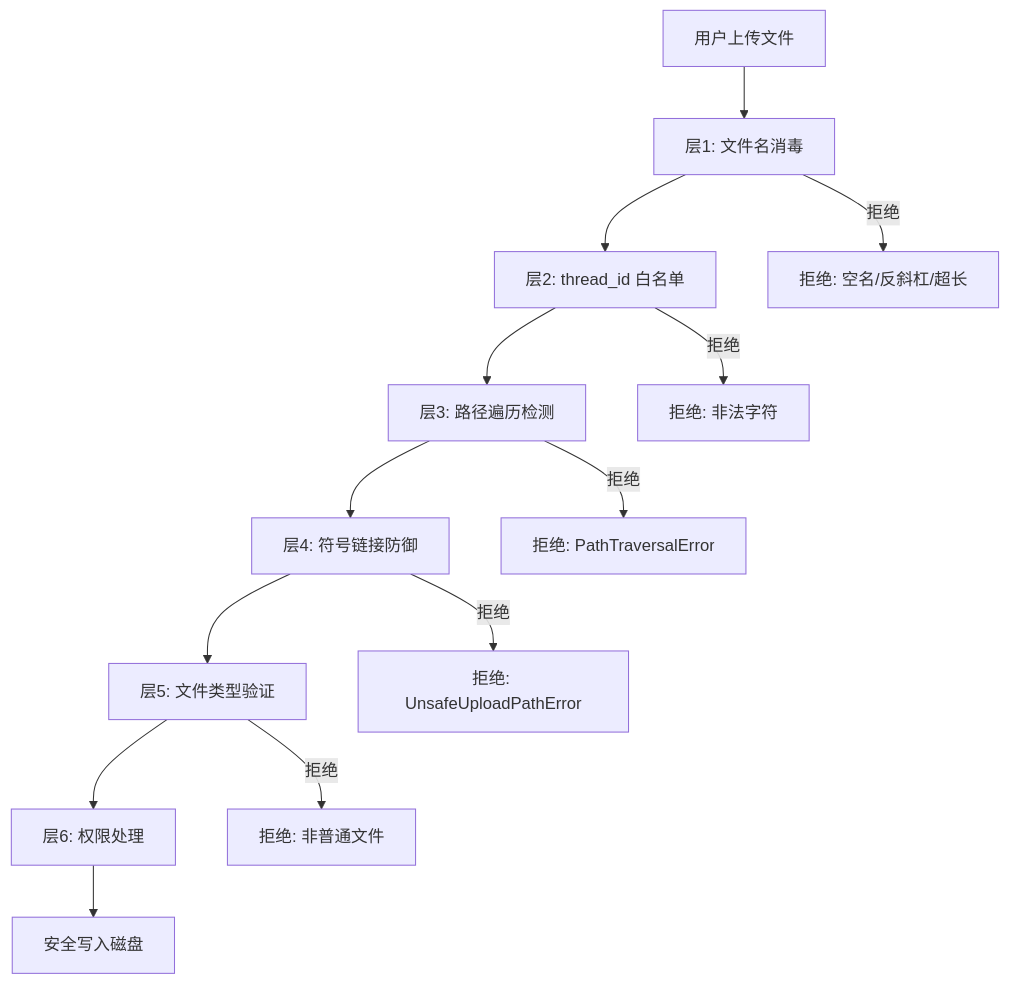
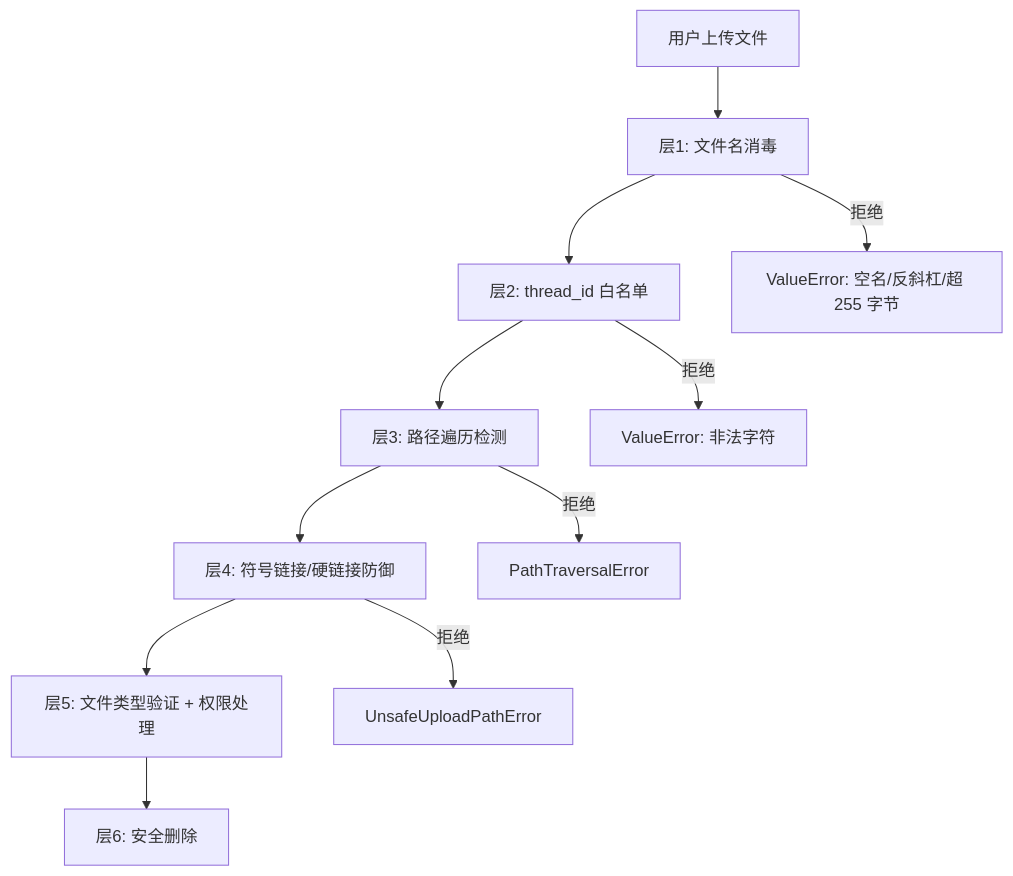
The first of 3 diagrams in _digest/operations/app-layer/02-upload-security.md (ethan-jiang-1/deer-flow), drawn with Mermaid before and after one commit. The commit also changed other lines of this file and 32 other files, not shown here.

````diff
--- a/_digest/operations/app-layer/02-upload-security.md
+++ b/_digest/operations/app-layer/02-upload-security.md
@@ -17,16 +39,14 @@
 ```mermaid
 flowchart TD
     A[用户上传文件] --> B[层1: 文件名消毒]
     B --> C[层2: thread_id 白名单]
     C --> D[层3: 路径遍历检测]
-    D --> E[层4: 符号链接防御]
-    E --> F[层5: 文件类型验证]
-    F --> G[层6: 权限处理]
-    G --> H[安全写入磁盘]
+    D --> E[层4: 符号链接/硬链接防御]
+    E --> F[层5: 文件类型验证 + 权限处理]
+    F --> G[层6: 安全删除]
 
-    B -->|拒绝| X1[拒绝: 空名/反斜杠/超长]
-    C -->|拒绝| X2[拒绝: 非法字符]
-    D -->|拒绝| X3[拒绝: PathTraversalError]
-    E -->|拒绝| X4[拒绝: UnsafeUploadPathError]
-    F -->|拒绝| X5[拒绝: 非普通文件]
+    B -->|拒绝| X1[ValueError: 空名/反斜杠/超 255 字节]
+    C -->|拒绝| X2[ValueError: 非法字符]
+    D -->|拒绝| X3[PathTraversalError]
+    E -->|拒绝| X4[UnsafeUploadPathError]
 ```
````
